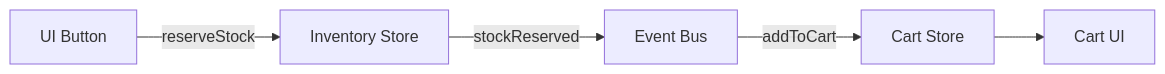
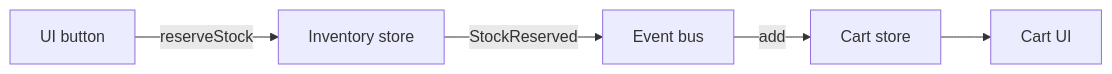
Before and after one commit to NaiKiDEV/commiq: the diagram in apps/docs-app/content/docs/examples/store-dependencies.mdx, drawn with Mermaid. The commit also changed other lines of this file and 47 other files, not shown here.

````diff
--- a/apps/docs-app/content/docs/examples/store-dependencies.mdx
+++ b/apps/docs-app/content/docs/examples/store-dependencies.mdx
@@ -11,7 +12,7 @@
 ```mermaid
 flowchart LR
-    UI["UI Button"] -->|reserveStock| Inventory["Inventory Store"]
-    Inventory -->|stockReserved| Bus["Event Bus"]
-    Bus -->|addToCart| Cart["Cart Store"]
+    UI["UI button"] -->|reserveStock| Inventory["Inventory store"]
+    Inventory -->|StockReserved| Bus["Event bus"]
+    Bus -->|add| Cart["Cart store"]
     Cart --> CartUI["Cart UI"]
 ```
````
